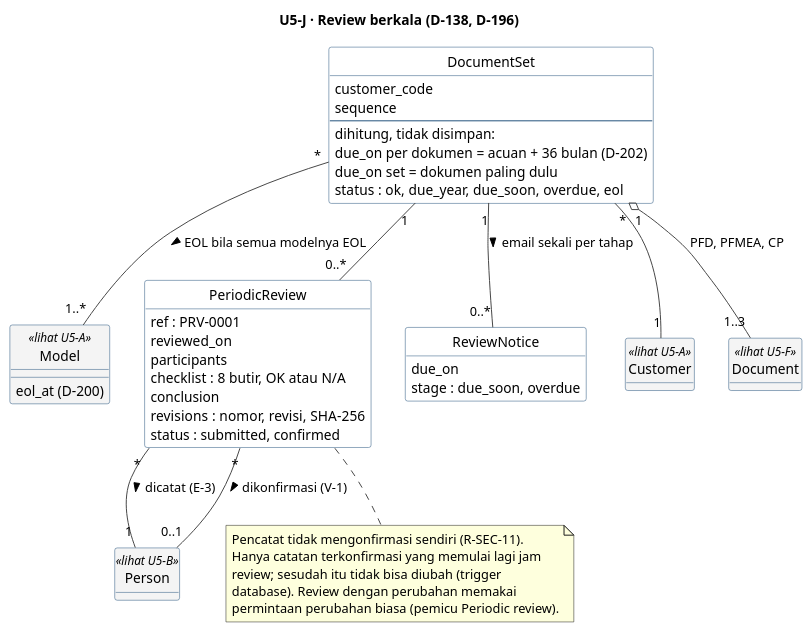
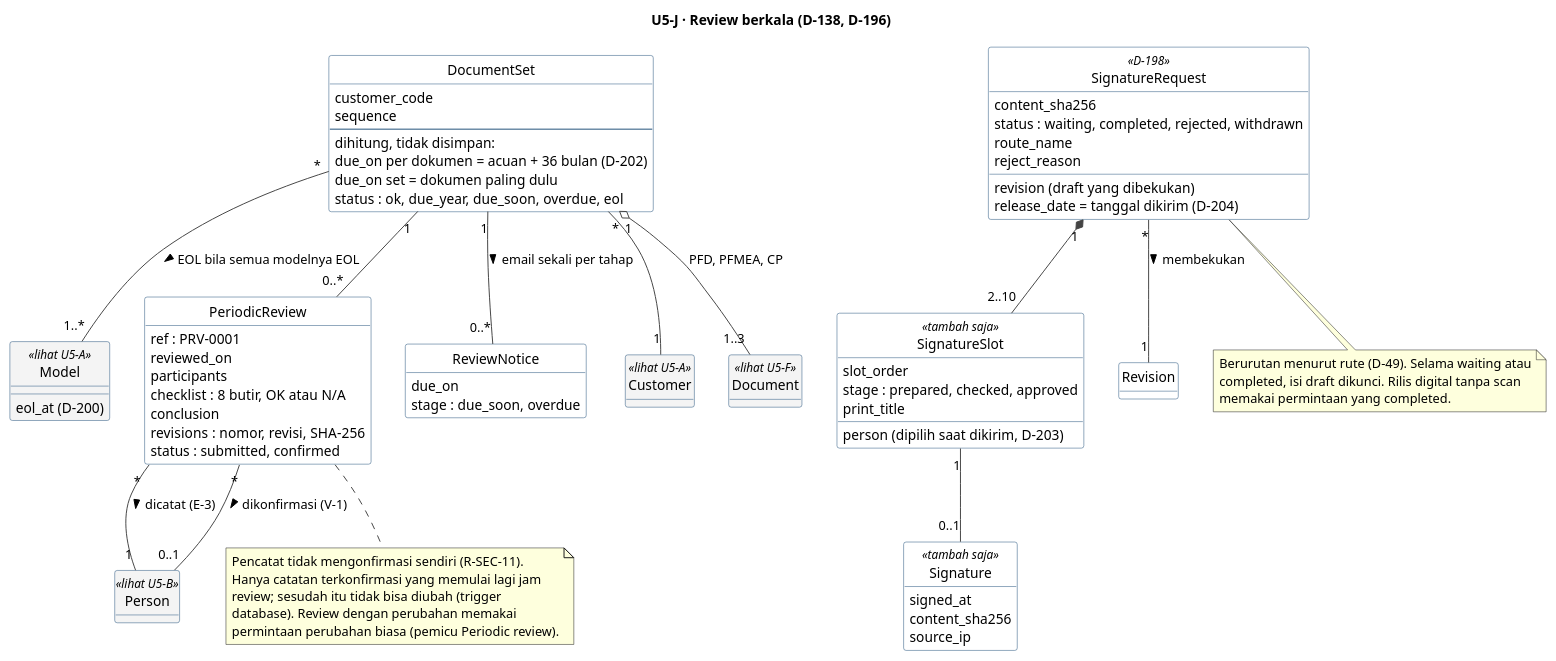
Before and after one commit to dkpauzi/revioten: the tenth of 10 diagrams in docs/uml/U5-kelas-domain.puml, drawn with PlantUML. The commit also changed 85 other files, not shown here.

```diff
--- a/docs/uml/U5-kelas-domain.puml
+++ b/docs/uml/U5-kelas-domain.puml
@@ -1079,60 +1079,87 @@
 @startuml U5-J-review-berkala
 hide circle
 hide empty methods
 skinparam shadowing false
 skinparam ArrowColor #444444
 skinparam class {
   BorderColor #1F4E79
   BackgroundColor #FFFFFF
   BackgroundColor<<lihat U5-A>> #F4F4F4
   BackgroundColor<<lihat U5-B>> #F4F4F4
   BackgroundColor<<lihat U5-F>> #F4F4F4
 }
 
 title U5-J · Review berkala (D-138, D-196)
 
 class DocumentSet {
   customer_code
   sequence
   --
   dihitung, tidak disimpan:
   due_on per dokumen = acuan + 36 bulan (D-202)
   due_on set = dokumen paling dulu
   status : ok, due_year, due_soon, overdue, eol
 }
 class Model <<lihat U5-A>> {
   eol_at (D-200)
 }
+class SignatureRequest <<D-198>> {
+  revision (draft yang dibekukan)
+  content_sha256
+  release_date = tanggal dikirim (D-204)
+  status : waiting, completed, rejected, withdrawn
+  route_name
+  reject_reason
+}
+class SignatureSlot <<tambah saja>> {
+  slot_order
+  stage : prepared, checked, approved
+  print_title
+  person (dipilih saat dikirim, D-203)
+}
+class Signature <<tambah saja>> {
+  signed_at
+  content_sha256
+  source_ip
+}
+SignatureRequest "*" -- "1" Revision : membekukan >
+SignatureRequest "1" *-- "2..10" SignatureSlot
+SignatureSlot "1" -- "0..1" Signature
+note bottom of SignatureRequest
+  Berurutan menurut rute (D-49). Selama waiting atau
+  completed, isi draft dikunci. Rilis digital tanpa scan
+  memakai permintaan yang completed.
+end note
 class PeriodicReview {
   ref : PRV-0001
   reviewed_on
   participants
   checklist : 8 butir, OK atau N/A
   conclusion
   revisions : nomor, revisi, SHA-256
   status : submitted, confirmed
 }
 class ReviewNotice {
   due_on
   stage : due_soon, overdue
 }
 class Customer <<lihat U5-A>>
 class Person <<lihat U5-B>>
 class Document <<lihat U5-F>>
 
 DocumentSet "*" -- "1" Customer
 DocumentSet "*" -- "1..*" Model : EOL bila semua modelnya EOL >
 DocumentSet "1" o-- "1..3" Document : PFD, PFMEA, CP
 DocumentSet "1" -- "0..*" PeriodicReview
 DocumentSet "1" -- "0..*" ReviewNotice : email sekali per tahap >
 PeriodicReview "*" -- "1" Person : dicatat (E-3) >
 PeriodicReview "*" -- "0..1" Person : dikonfirmasi (V-1) >
 
 note bottom of PeriodicReview
   Pencatat tidak mengonfirmasi sendiri (R-SEC-11).
   Hanya catatan terkonfirmasi yang memulai lagi jam
   review; sesudah itu tidak bisa diubah (trigger
   database). Review dengan perubahan memakai
   permintaan perubahan biasa (pemicu Periodic review).
 end note
 @enduml
```
